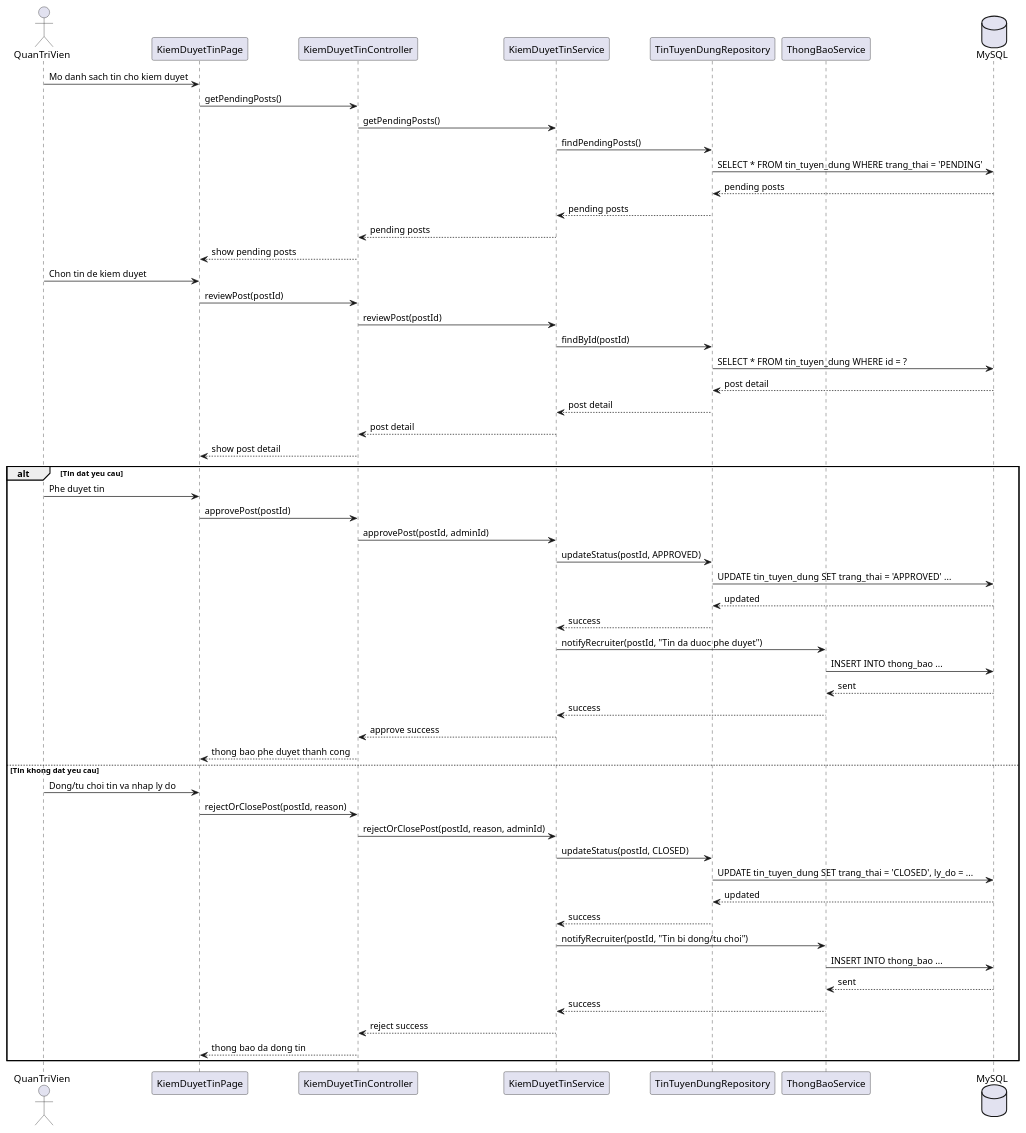
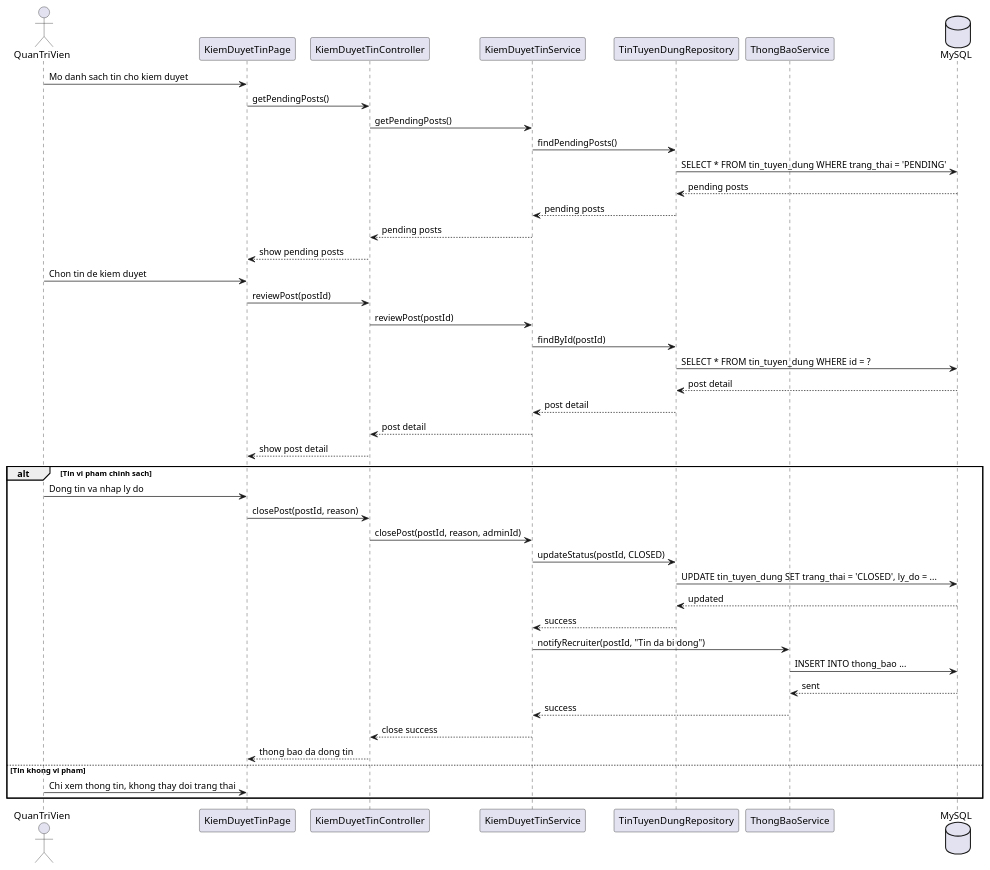
The diagram in uml/Sequence/UC21_KiemDuyetVaDongTinTuyenDung_Sequence.puml (Ancuyou/Recruitment-Center-Website), drawn with PlantUML before and after one commit. The commit also changed 4 other files, not shown here.

```diff
--- a/uml/Sequence/UC21_KiemDuyetVaDongTinTuyenDung_Sequence.puml
+++ b/uml/Sequence/UC21_KiemDuyetVaDongTinTuyenDung_Sequence.puml
@@ -1,59 +1,47 @@
 @startuml
 actor "QuanTriVien" as Admin
 participant "KiemDuyetTinPage" as View
 participant "KiemDuyetTinController" as Controller
 participant "KiemDuyetTinService" as Service
 participant "TinTuyenDungRepository" as Repo
 participant "ThongBaoService" as NotificationService
 database "MySQL" as DB
 
 Admin -> View : Mo danh sach tin cho kiem duyet
 View -> Controller : getPendingPosts()
 Controller -> Service : getPendingPosts()
 Service -> Repo : findPendingPosts()
 Repo -> DB : SELECT * FROM tin_tuyen_dung WHERE trang_thai = 'PENDING'
 DB --> Repo : pending posts
 Repo --> Service : pending posts
 Service --> Controller : pending posts
 Controller --> View : show pending posts
 
 Admin -> View : Chon tin de kiem duyet
 View -> Controller : reviewPost(postId)
 Controller -> Service : reviewPost(postId)
 Service -> Repo : findById(postId)
 Repo -> DB : SELECT * FROM tin_tuyen_dung WHERE id = ?
 DB --> Repo : post detail
 Repo --> Service : post detail
 Service --> Controller : post detail
 Controller --> View : show post detail
 
-alt Tin dat yeu cau
-    Admin -> View : Phe duyet tin
-    View -> Controller : approvePost(postId)
-    Controller -> Service : approvePost(postId, adminId)
-    Service -> Repo : updateStatus(postId, APPROVED)
-    Repo -> DB : UPDATE tin_tuyen_dung SET trang_thai = 'APPROVED' ...
-    DB --> Repo : updated
-    Repo --> Service : success
-    Service -> NotificationService : notifyRecruiter(postId, "Tin da duoc phe duyet")
-    NotificationService -> DB : INSERT INTO thong_bao ...
-    DB --> NotificationService : sent
-    NotificationService --> Service : success
-    Service --> Controller : approve success
-    Controller --> View : thong bao phe duyet thanh cong
-else Tin khong dat yeu cau
-    Admin -> View : Dong/tu choi tin va nhap ly do
-    View -> Controller : rejectOrClosePost(postId, reason)
-    Controller -> Service : rejectOrClosePost(postId, reason, adminId)
+alt Tin vi pham chinh sach
+    Admin -> View : Dong tin va nhap ly do
+    View -> Controller : closePost(postId, reason)
+    Controller -> Service : closePost(postId, reason, adminId)
     Service -> Repo : updateStatus(postId, CLOSED)
     Repo -> DB : UPDATE tin_tuyen_dung SET trang_thai = 'CLOSED', ly_do = ...
     DB --> Repo : updated
     Repo --> Service : success
-    Service -> NotificationService : notifyRecruiter(postId, "Tin bi dong/tu choi")
+    Service -> NotificationService : notifyRecruiter(postId, "Tin da bi dong")
     NotificationService -> DB : INSERT INTO thong_bao ...
     DB --> NotificationService : sent
     NotificationService --> Service : success
-    Service --> Controller : reject success
+    Service --> Controller : close success
     Controller --> View : thong bao da dong tin
+else Tin khong vi pham
+    Admin -> View : Chi xem thong tin, khong thay doi trang thai
 end
 @enduml
```
